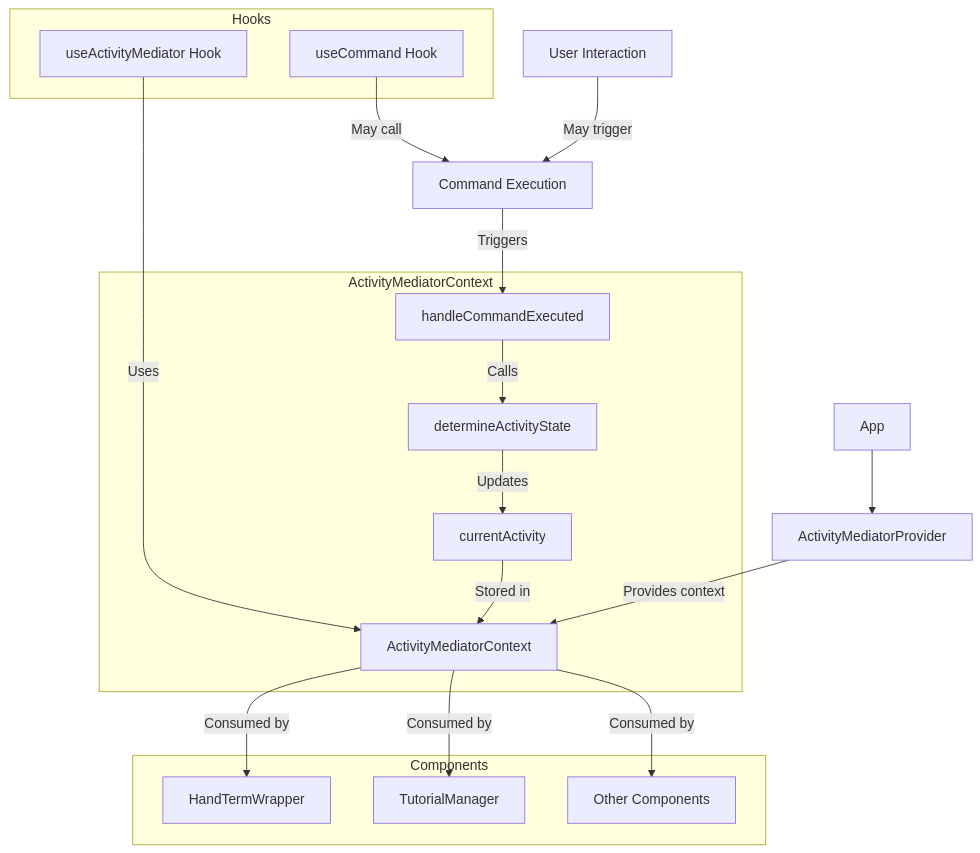
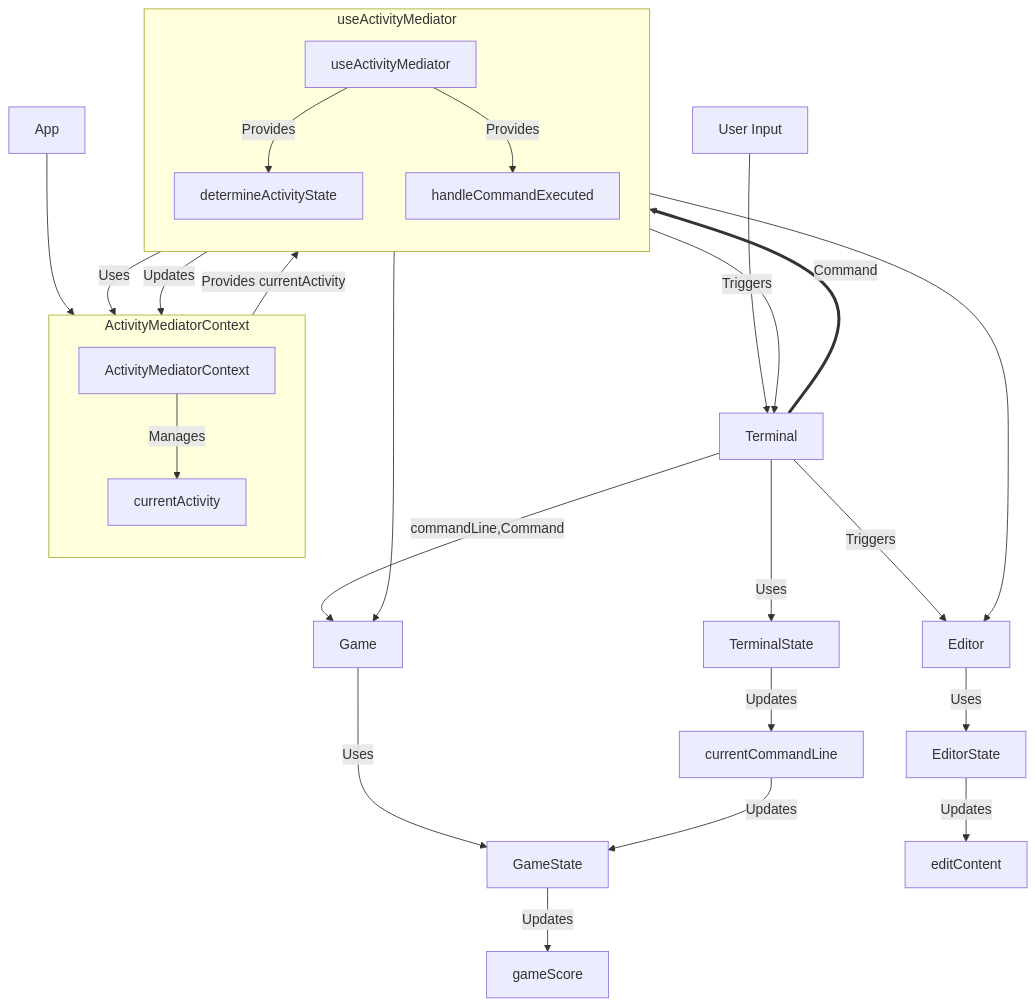
One commit to bizkite-co/handterm changed the second of 2 diagrams in docs/adr/arrange-component-state-hierarchy.md. Above: the diagram before and after it, drawn with Mermaid. The commit also changed other lines of this file and 12 other files, not shown here.

````diff
--- a/docs/adr/arrange-component-state-hierarchy.md
+++ b/docs/adr/arrange-component-state-hierarchy.md
@@ -115,37 +122,36 @@
 ```mermaid
-graph TD
-    A[App] --> B[ActivityMediatorProvider]
-    B --> |Provides context| C[ActivityMediatorContext]
-    C --> |Consumed by| D[HandTermWrapper]
-    C --> |Consumed by| E[TutorialManager]
-    C --> |Consumed by| F[Other Components]
+flowchart TD
+    A[App] --> AC[ActivityMediatorContext]
+    AC --> |Provides currentActivity| UAM[useActivityMediator]
+    UAM --> T[Terminal]
+    UAM --> E[Editor]
+    UAM --> G[Game]
 
-    G[useActivityMediator Hook] --> |Uses| C
-
-    H[Command Execution] --> |Triggers| I[handleCommandExecuted]
-    I --> |Calls| J[determineActivityState]
-    J --> |Updates| K[currentActivity]
-    K --> |Stored in| C
-
-    L[User Interaction] --> |May trigger| H
-
-    M[useCommand Hook] --> |May call| H
+    T --> |Uses| TS[TerminalState]
+    E --> |Uses| ES[EditorState]
+    G --> |Uses| GSt[GameState]
 
     subgraph ActivityMediatorContext
-        C
-        K
-        I
-        J
+      direction TB
+      AC --> |Manages| CA[currentActivity]
     end
 
-    subgraph Components
-        D
-        E
-        F
+    subgraph useActivityMediator
+      direction TB
+      UAM --> |Uses| CA
+      UAM --> |Provides| DAS[determineActivityState]
+      UAM --> |Provides| HCE[handleCommandExecuted]
     end
 
-    subgraph Hooks
-        G
-        M
-    end
+    TS --> |Updates| CLI[currentCommandLine]
+    ES --> |Updates| EC[editContent]
+    GSt --> |Updates| GSc[gameScore]
+
+    CLI --> |Updates| GSt
+
+    U[User Input] --> |Triggers| T
+    T --> |Triggers| E
+    T --> |commandLine,Command| G
+    T ==> |Command| HCE
+    HCE --> |Updates| CA
 ```
````
